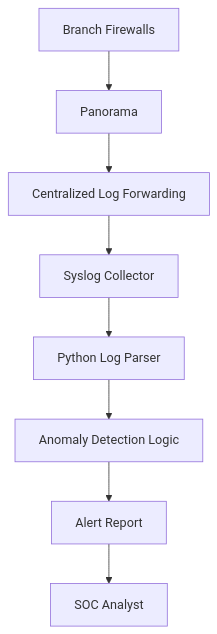
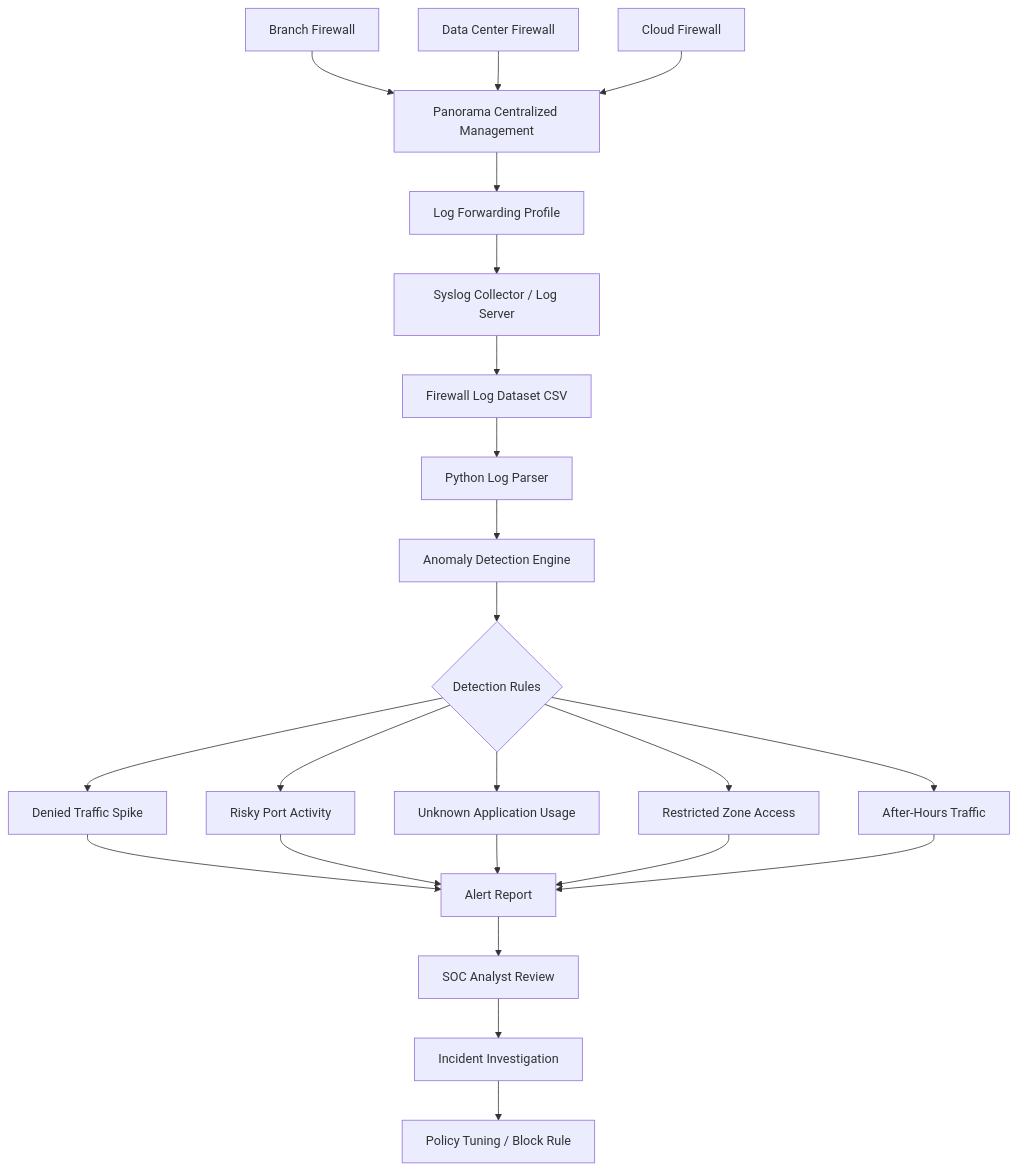
The diagram in diagrams/architecture.md (Shodams/Firewall-log-anomaly-detector), drawn with Mermaid before and after one commit. The commit also changed other lines of this file, not shown here.

````diff
--- a/diagrams/architecture.md
+++ b/diagrams/architecture.md
@@ -4,10 +5,32 @@
 ```mermaid
 flowchart TD
-    A[Branch Firewalls] --> B[Panorama]
-    B --> C[Centralized Log Forwarding]
-    C --> D[Syslog Collector]
-    D --> E[Python Log Parser]
-    E --> F[Anomaly Detection Logic]
-    F --> G[Alert Report]
-    G --> H[SOC Analyst]
+    A[Branch Firewall] --> B[Panorama Centralized Management]
+    C[Data Center Firewall] --> B
+    D[Cloud Firewall] --> B
+
+    B --> E[Log Forwarding Profile]
+    E --> F[Syslog Collector / Log Server]
+
+    F --> G[Firewall Log Dataset CSV]
+    G --> H[Python Log Parser]
+
+    H --> I[Anomaly Detection Engine]
+
+    I --> J{Detection Rules}
+
+    J --> K[Denied Traffic Spike]
+    J --> L[Risky Port Activity]
+    J --> M[Unknown Application Usage]
+    J --> N[Restricted Zone Access]
+    J --> O[After-Hours Traffic]
+
+    K --> P[Alert Report]
+    L --> P
+    M --> P
+    N --> P
+    O --> P
+
+    P --> Q[SOC Analyst Review]
+    Q --> R[Incident Investigation]
+    R --> S[Policy Tuning / Block Rule]
 ```
````
